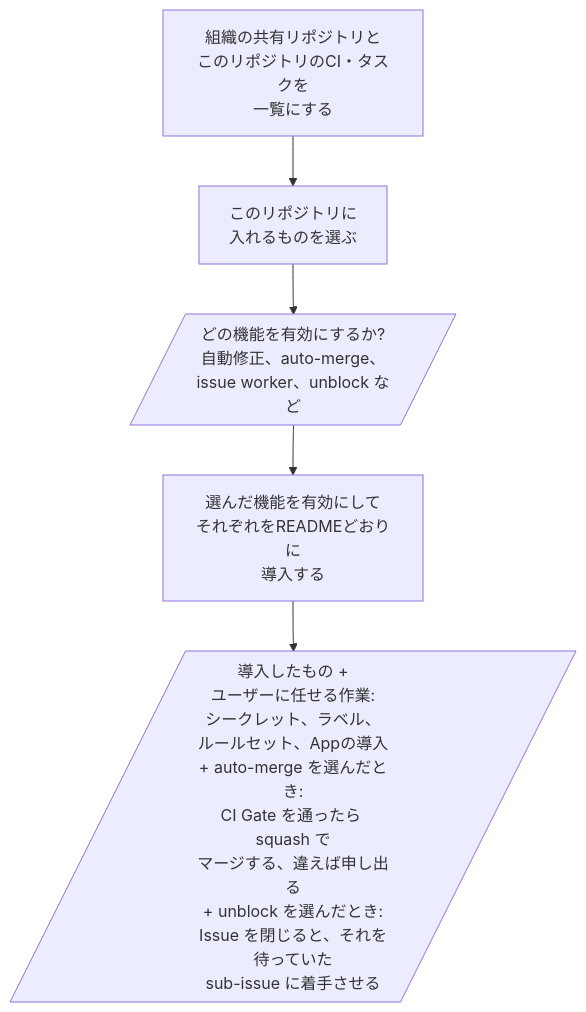
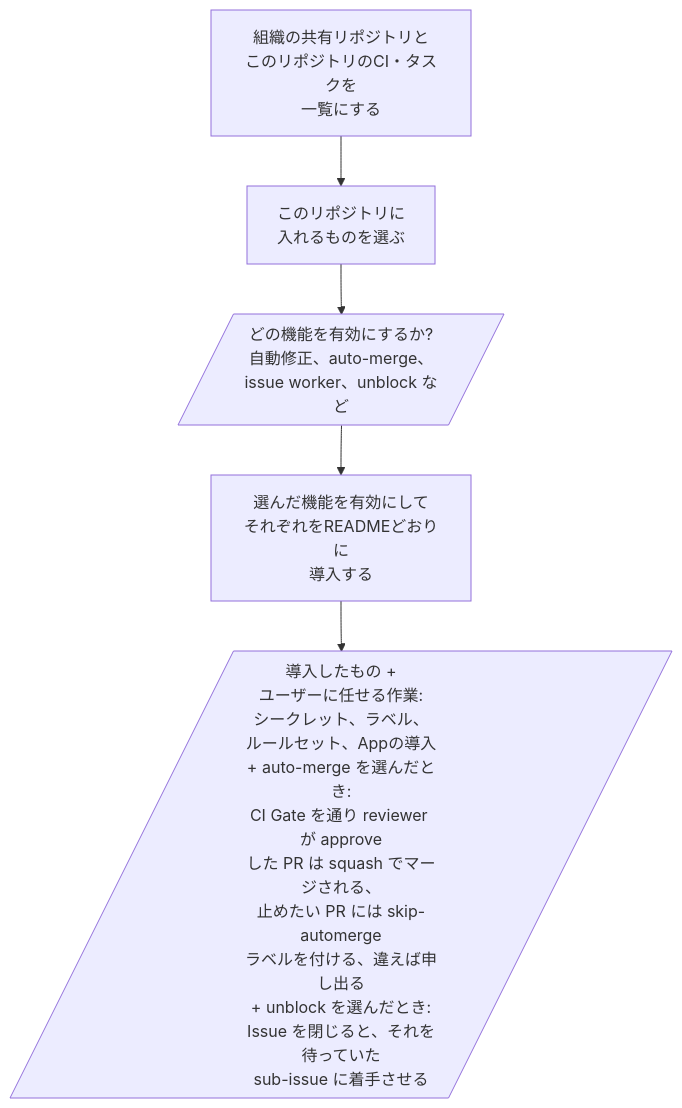
The diagram in shared/skills/automation/README.ja.md (omni-stove/skill-kit), drawn with Mermaid before and after one commit. The commit also changed 2 other files, not shown here.

Commit message:
Tell automation users auto-merge needs the reviewer's approve too: the shared ci-gate.yml merges a PR only once the CI Gate passes and the reviewer approves it, but next.txt and the READMEs' flowcharts said it merged once the CI Gate passed, so they now say so from the user's side and add that a skip-automerge label holds a PR back
Claude-Session: https://claude.ai/code/session_0118w5k7w77GEq2vaVNRY8Ez

````diff
--- a/shared/skills/automation/README.ja.md
+++ b/shared/skills/automation/README.ja.md
@@ -3,8 +3,8 @@
 ```mermaid
 flowchart TD
   list[組織の共有リポジトリと<br/>このリポジトリのCI・タスクを<br/>一覧にする]
   list --> pick[このリポジトリに<br/>入れるものを選ぶ]
   pick --> ask[/"どの機能を有効にするか?<br/>自動修正、auto-merge、<br/>issue worker、unblock など"/]
   ask --> install[選んだ機能を有効にして<br/>それぞれをREADMEどおりに<br/>導入する]
-  install --> done[/"導入したもの +<br/>ユーザーに任せる作業:<br/>シークレット、ラベル、<br/>ルールセット、Appの導入<br/>+ auto-merge を選んだとき:<br/>CI Gate を通ったら squash で<br/>マージする、違えば申し出る<br/>+ unblock を選んだとき:<br/>Issue を閉じると、それを待っていた<br/>sub-issue に着手させる"/]
+  install --> done[/"導入したもの +<br/>ユーザーに任せる作業:<br/>シークレット、ラベル、<br/>ルールセット、Appの導入<br/>+ auto-merge を選んだとき:<br/>CI Gate を通り reviewer が approve<br/>した PR は squash でマージされる、<br/>止めたい PR には skip-automerge<br/>ラベルを付ける、違えば申し出る<br/>+ unblock を選んだとき:<br/>Issue を閉じると、それを待っていた<br/>sub-issue に着手させる"/]
 ```
````
